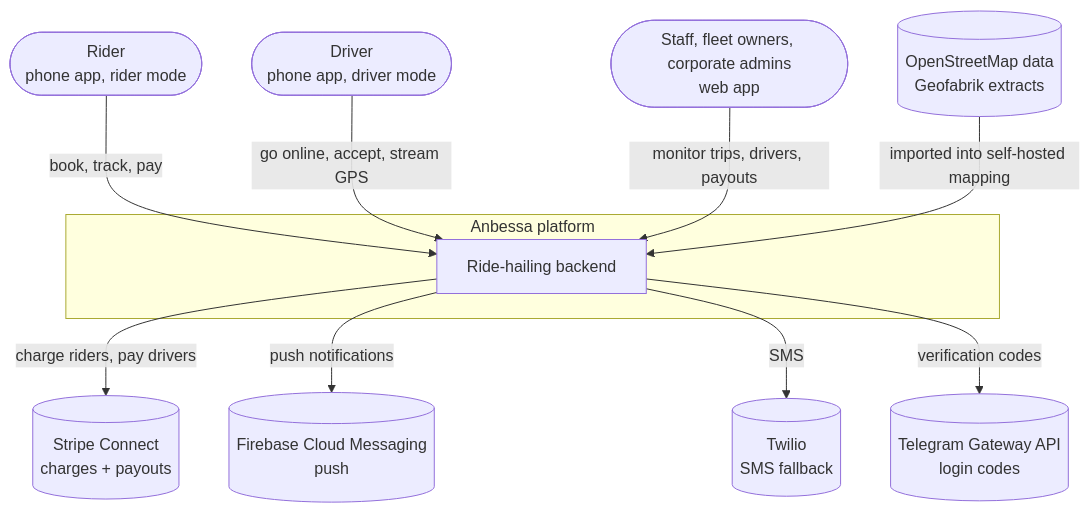
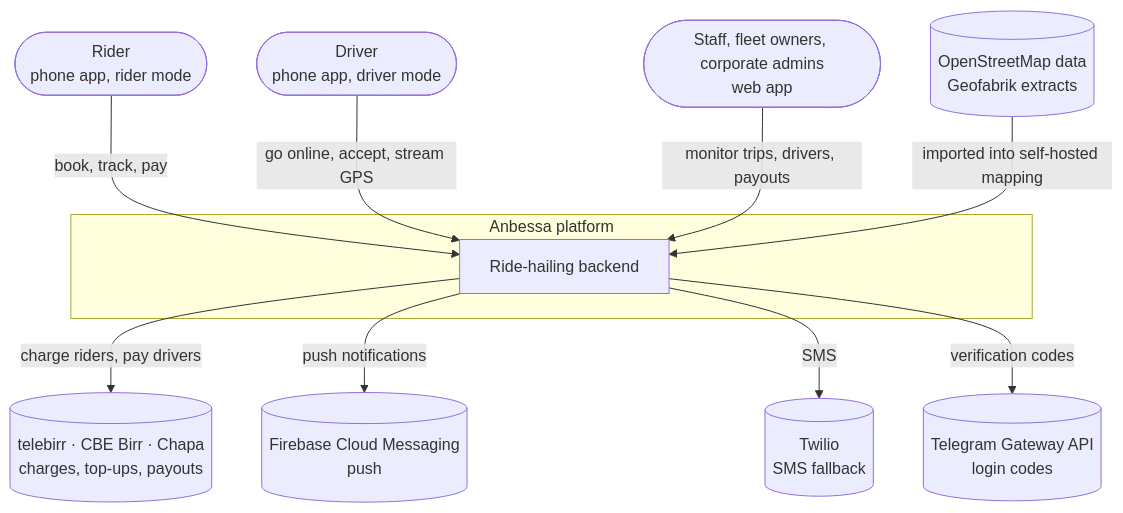
Before and after one commit to beab1212/Anbessa: the first of 17 diagrams in docs/architecture/overview.md, drawn with Mermaid. The commit also changed other lines of this file and 120 other files, not shown here.

````diff
--- a/docs/architecture/overview.md
+++ b/docs/architecture/overview.md
@@ -42,25 +42,25 @@
 ```mermaid
 flowchart TB
   Rider([Rider<br/>phone app, rider mode])
   Driver([Driver<br/>phone app, driver mode])
   Ops([Staff, fleet owners, corporate admins<br/>web app])
 
   subgraph Anbessa["Anbessa platform"]
     Core[Ride-hailing backend]
   end
 
-  Stripe[(Stripe Connect<br/>charges + payouts)]
+  Pay[(telebirr · CBE Birr · Chapa<br/>charges, top-ups, payouts)]
   FCM[(Firebase Cloud Messaging<br/>push)]
   Twilio[(Twilio<br/>SMS fallback)]
   TG[(Telegram Gateway API<br/>login codes)]
   OSM[(OpenStreetMap data<br/>Geofabrik extracts)]
 
   Rider -->|book, track, pay| Core
   Driver -->|go online, accept, stream GPS| Core
   Ops -->|monitor trips, drivers, payouts| Core
-  Core -->|charge riders, pay drivers| Stripe
+  Core -->|charge riders, pay drivers| Pay
   Core -->|push notifications| FCM
   Core -->|SMS| Twilio
   Core -->|verification codes| TG
   OSM -->|imported into self-hosted mapping| Core
 ```
````
